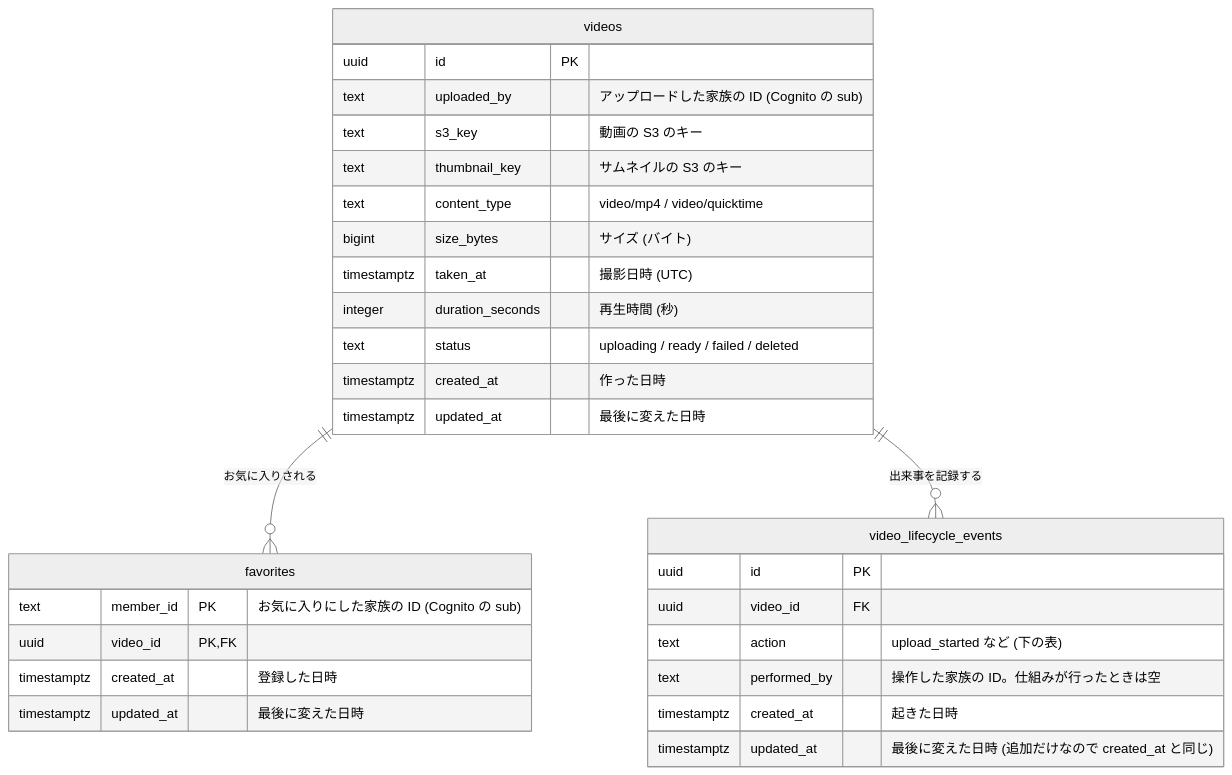
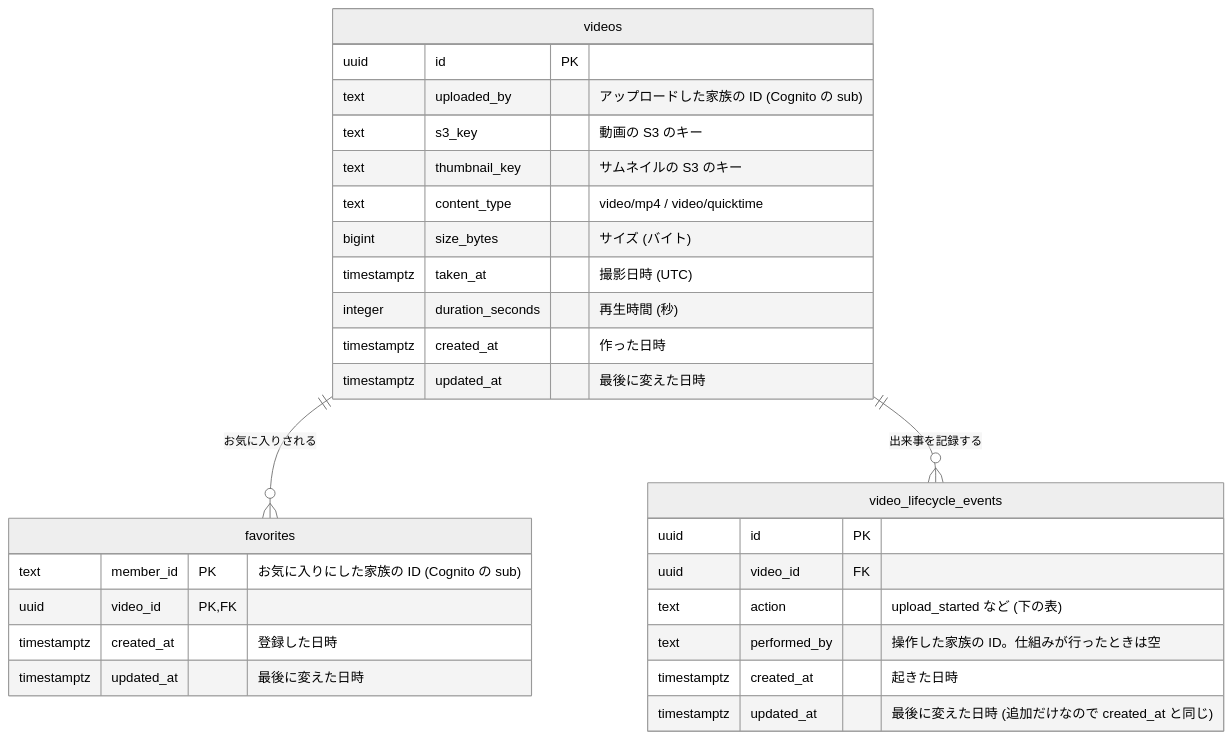
One commit to Inouey1008/family-video changed the first of 2 diagrams in docs/specs/data.md. Above: the diagram before and after it, drawn with Mermaid (neutral theme). The commit also changed other lines of this file and 1 other file, not shown here.

Commit message:
docs: videos の status 列をなくし、状態は最後のイベントから決める

````diff
--- a/docs/specs/data.md
+++ b/docs/specs/data.md
@@ -9,32 +9,31 @@
 ```mermaid
 erDiagram
   videos ||--o{ favorites : "お気に入りされる"
   videos ||--o{ video_lifecycle_events : "出来事を記録する"
   videos {
     uuid id PK
     text uploaded_by "アップロードした家族の ID (Cognito の sub)"
     text s3_key "動画の S3 のキー"
     text thumbnail_key "サムネイルの S3 のキー"
     text content_type "video/mp4 / video/quicktime"
     bigint size_bytes "サイズ (バイト)"
     timestamptz taken_at "撮影日時 (UTC)"
     integer duration_seconds "再生時間 (秒)"
-    text status "uploading / ready / failed / deleted"
     timestamptz created_at "作った日時"
     timestamptz updated_at "最後に変えた日時"
   }
   favorites {
     text member_id PK "お気に入りにした家族の ID (Cognito の sub)"
     uuid video_id PK, FK
     timestamptz created_at "登録した日時"
     timestamptz updated_at "最後に変えた日時"
   }
   video_lifecycle_events {
     uuid id PK
     uuid video_id FK
     text action "upload_started など (下の表)"
     text performed_by "操作した家族の ID。仕組みが行ったときは空"
     timestamptz created_at "起きた日時"
     timestamptz updated_at "最後に変えた日時 (追加だけなので created_at と同じ)"
   }
 ```
````
